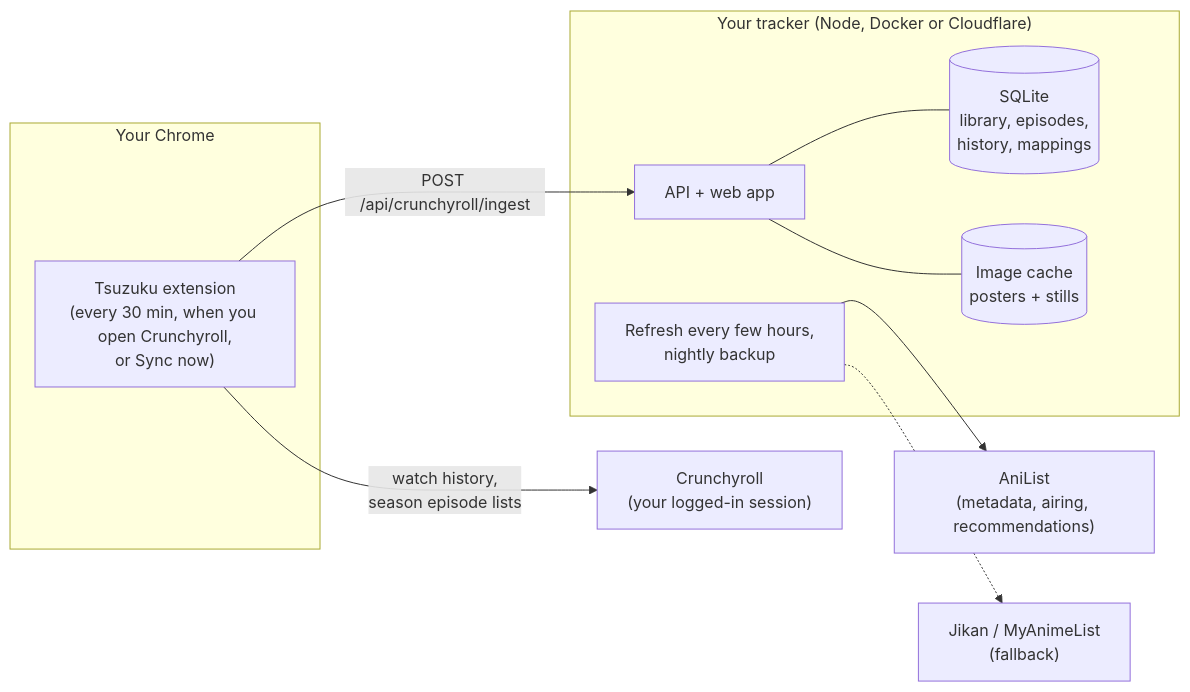
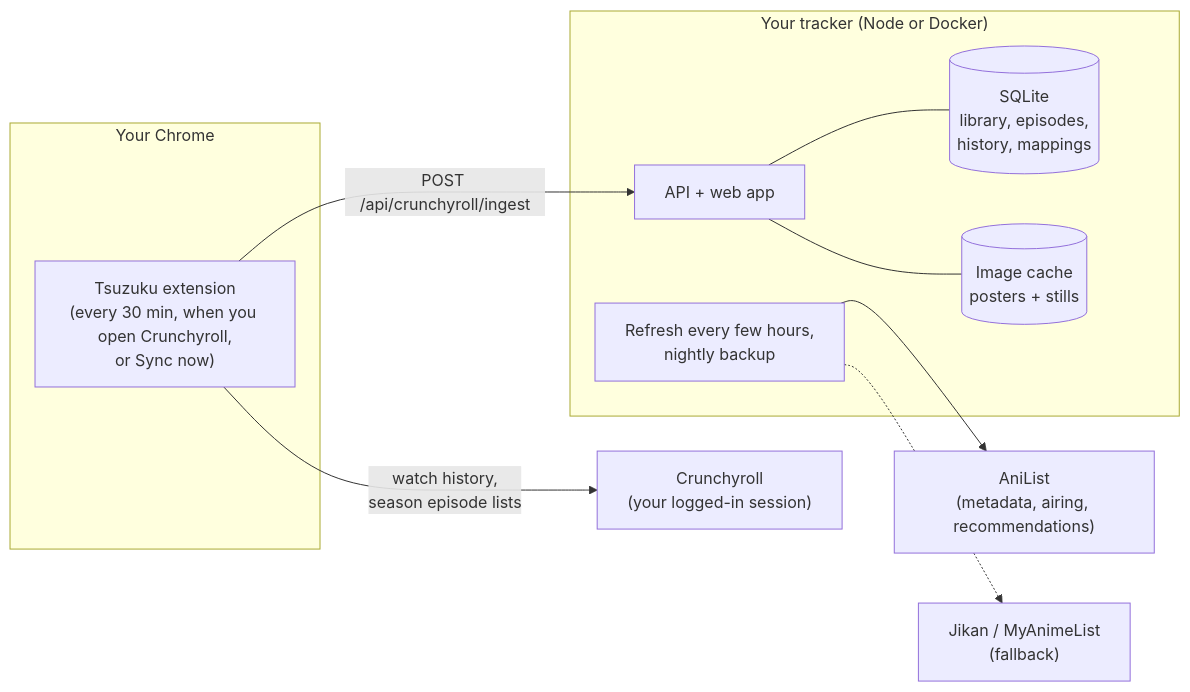
The diagram in README.md (okanerturan/anime-tracker), drawn with Mermaid before and after one commit. The commit also changed other lines of this file and 9 other files, not shown here.

````diff
--- a/README.md
+++ b/README.md
@@ -58,22 +58,22 @@
 ```mermaid
 flowchart LR
   subgraph Browser["Your Chrome"]
     EXT["Tsuzuku extension<br/>(every 30 min, when you open Crunchyroll,<br/>or Sync now)"]
   end
   CR["Crunchyroll<br/>(your logged-in session)"]
-  subgraph Tracker["Your tracker (Node, Docker or Cloudflare)"]
+  subgraph Tracker["Your tracker (Node or Docker)"]
     API["API + web app"]
     DB[("SQLite<br/>library, episodes,<br/>history, mappings")]
     IMG[("Image cache<br/>posters + stills")]
     CRON["Refresh every few hours,<br/>nightly backup"]
   end
   AL["AniList<br/>(metadata, airing, recommendations)"]
   JK["Jikan / MyAnimeList<br/>(fallback)"]
 
   EXT -- "watch history,<br/>season episode lists" --> CR
   EXT -- "POST /api/crunchyroll/ingest" --> API
   API --- DB
   API --- IMG
   CRON --> AL
   CRON -.-> JK
 ```
````
